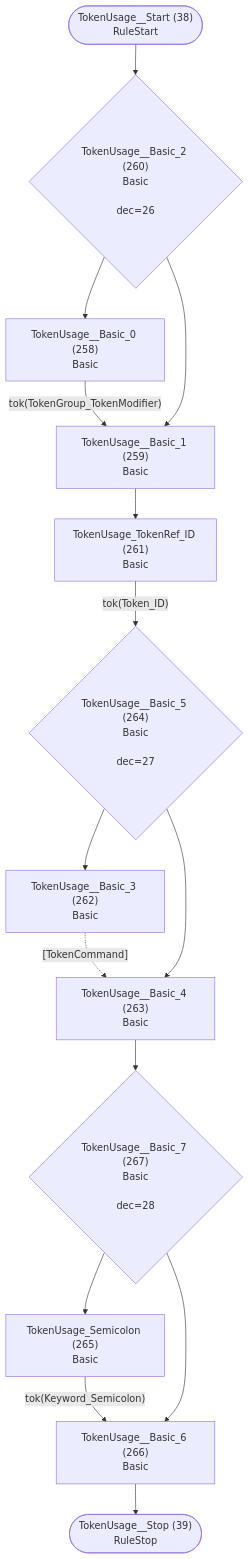
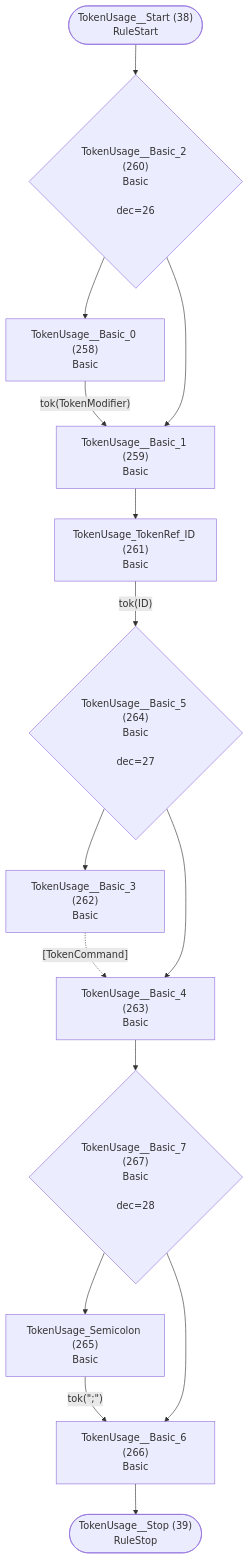
Before and after one commit to TypeFox/fastbelt: diagram 20 of 37 in internal/grammar/atn.md, drawn with Mermaid. The commit also changed other lines of this file and 3 other files, not shown here.

````diff
--- a/internal/grammar/atn.md
+++ b/internal/grammar/atn.md
@@ -601,30 +601,30 @@
 ```mermaid
 flowchart TD
     q38(["TokenUsage__Start (38)<br/>RuleStart"])
     q39(["TokenUsage__Stop (39)<br/>RuleStop"])
     q258["TokenUsage__Basic_0 (258)<br/>Basic<br/>"]
     q259["TokenUsage__Basic_1 (259)<br/>Basic<br/>"]
     q260{"TokenUsage__Basic_2 (260)<br/>Basic<br/><br/>dec=26"}
     q261["TokenUsage_TokenRef_ID (261)<br/>Basic<br/>"]
     q262["TokenUsage__Basic_3 (262)<br/>Basic<br/>"]
     q263["TokenUsage__Basic_4 (263)<br/>Basic<br/>"]
     q264{"TokenUsage__Basic_5 (264)<br/>Basic<br/><br/>dec=27"}
     q265["TokenUsage_Semicolon (265)<br/>Basic<br/>"]
     q266["TokenUsage__Basic_6 (266)<br/>Basic<br/>"]
     q267{"TokenUsage__Basic_7 (267)<br/>Basic<br/><br/>dec=28"}
 
     q38 --> q260
-    q258 -->|"tok(TokenGroup_TokenModifier)"| q259
+    q258 -->|"tok(TokenModifier)"| q259
     q259 --> q261
     q260 --> q258
     q260 --> q259
-    q261 -->|"tok(Token_ID)"| q264
+    q261 -->|"tok(ID)"| q264
     q262 -.->|"[TokenCommand]"| q263
     q263 --> q267
     q264 --> q262
     q264 --> q263
-    q265 -->|"tok(Keyword_Semicolon)"| q266
+    q265 -->|"tok(&quot;;&quot;)"| q266
     q266 --> q39
     q267 --> q265
     q267 --> q266
 ```
````
